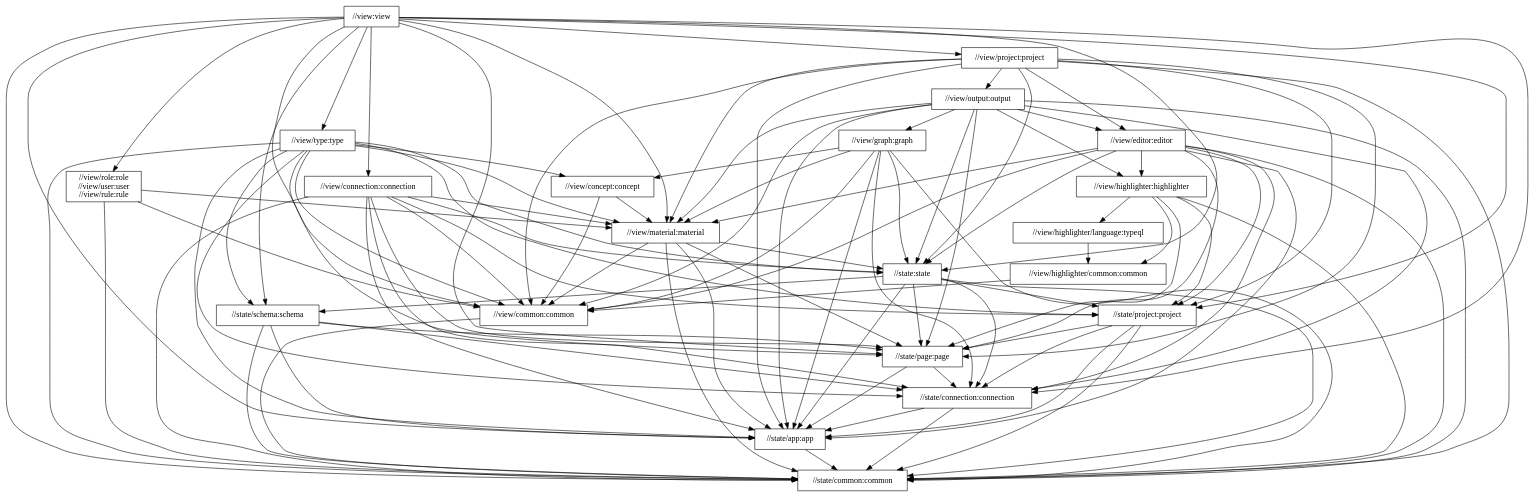
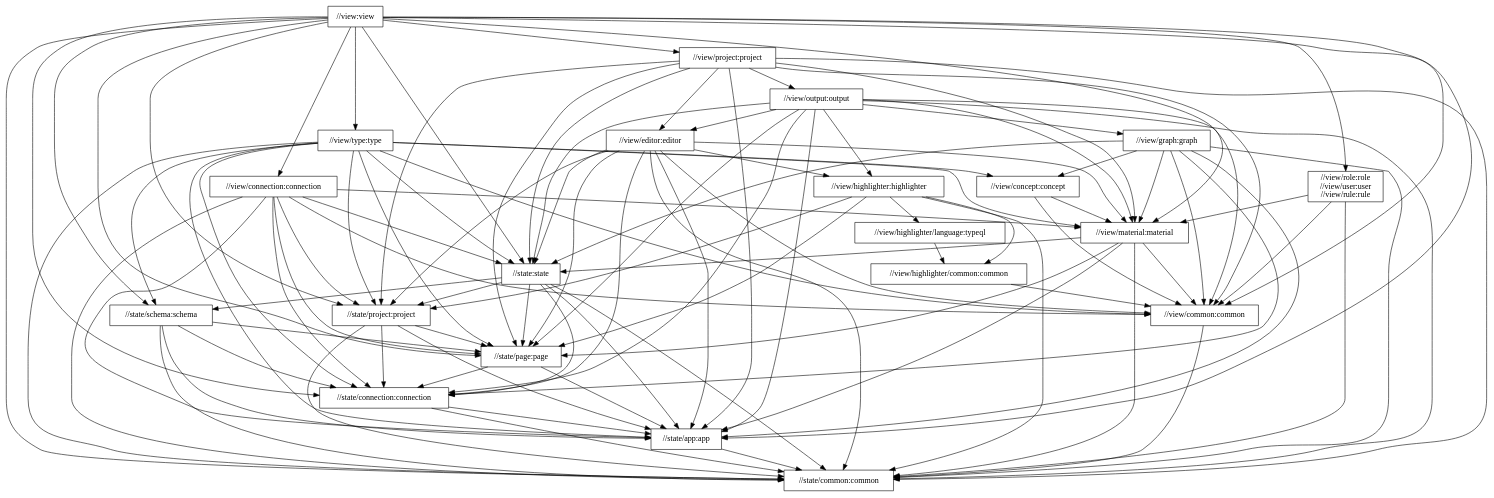
One commit to typedb/typedb-studio changed the diagram in docs/global-package-structure.dot. Above: the diagram before and after it, drawn with Graphviz. The commit also changed other lines of this file and 5 other files, not shown here.

```diff
--- a/docs/global-package-structure.dot
+++ b/docs/global-package-structure.dot
@@ -1,127 +1,127 @@
 digraph mygraph {
   node [shape=box];
   "//view:view"
   "//view:view" -> "//view/role:role\n//view/user:user\n//view/rule:rule"
   "//view:view" -> "//state:state"
   "//view:view" -> "//state/app:app"
   "//view:view" -> "//state/common:common"
   "//view:view" -> "//state/connection:connection"
   "//view:view" -> "//state/page:page"
   "//view:view" -> "//state/project:project"
   "//view:view" -> "//state/schema:schema"
   "//view:view" -> "//view/common:common"
   "//view:view" -> "//view/connection:connection"
   "//view:view" -> "//view/material:material"
   "//view:view" -> "//view/project:project"
   "//view:view" -> "//view/type:type"
-  "//view/type:type"
-  "//view/type:type" -> "//state:state"
-  "//view/type:type" -> "//state/app:app"
-  "//view/type:type" -> "//state/common:common"
-  "//view/type:type" -> "//state/connection:connection"
-  "//view/type:type" -> "//state/page:page"
-  "//view/type:type" -> "//state/project:project"
-  "//view/type:type" -> "//state/schema:schema"
-  "//view/type:type" -> "//view/common:common"
-  "//view/type:type" -> "//view/concept:concept"
-  "//view/type:type" -> "//view/material:material"
   "//view/project:project"
   "//view/project:project" -> "//state:state"
   "//view/project:project" -> "//state/app:app"
   "//view/project:project" -> "//state/common:common"
   "//view/project:project" -> "//state/page:page"
   "//view/project:project" -> "//state/project:project"
   "//view/project:project" -> "//view/common:common"
   "//view/project:project" -> "//view/editor:editor"
   "//view/project:project" -> "//view/material:material"
   "//view/project:project" -> "//view/output:output"
   "//view/output:output"
   "//view/output:output" -> "//state:state"
   "//view/output:output" -> "//state/app:app"
   "//view/output:output" -> "//state/common:common"
   "//view/output:output" -> "//state/connection:connection"
   "//view/output:output" -> "//state/page:page"
   "//view/output:output" -> "//view/common:common"
   "//view/output:output" -> "//view/editor:editor"
   "//view/output:output" -> "//view/graph:graph"
   "//view/output:output" -> "//view/highlighter:highlighter"
   "//view/output:output" -> "//view/material:material"
-  "//view/graph:graph"
-  "//view/graph:graph" -> "//state:state"
-  "//view/graph:graph" -> "//state/app:app"
-  "//view/graph:graph" -> "//state/common:common"
-  "//view/graph:graph" -> "//state/connection:connection"
-  "//view/graph:graph" -> "//view/common:common"
-  "//view/graph:graph" -> "//view/concept:concept"
-  "//view/graph:graph" -> "//view/material:material"
-  "//view/concept:concept"
-  "//view/concept:concept" -> "//view/common:common"
-  "//view/concept:concept" -> "//view/material:material"
   "//view/editor:editor"
   "//view/editor:editor" -> "//state:state"
   "//view/editor:editor" -> "//state/app:app"
   "//view/editor:editor" -> "//state/common:common"
   "//view/editor:editor" -> "//state/connection:connection"
   "//view/editor:editor" -> "//state/page:page"
   "//view/editor:editor" -> "//state/project:project"
   "//view/editor:editor" -> "//view/common:common"
   "//view/editor:editor" -> "//view/highlighter:highlighter"
   "//view/editor:editor" -> "//view/material:material"
+  "//view/role:role\n//view/user:user\n//view/rule:rule"
+  "//view/role:role\n//view/user:user\n//view/rule:rule" -> "//state/common:common"
+  "//view/role:role\n//view/user:user\n//view/rule:rule" -> "//view/common:common"
+  "//view/role:role\n//view/user:user\n//view/rule:rule" -> "//view/material:material"
   "//view/highlighter:highlighter"
   "//view/highlighter:highlighter" -> "//state/common:common"
   "//view/highlighter:highlighter" -> "//state/page:page"
   "//view/highlighter:highlighter" -> "//state/project:project"
   "//view/highlighter:highlighter" -> "//view/highlighter/common:common"
   "//view/highlighter:highlighter" -> "//view/highlighter/language:typeql"
   "//view/highlighter/language:typeql"
   "//view/highlighter/language:typeql" -> "//view/highlighter/common:common"
   "//view/highlighter/common:common"
   "//view/highlighter/common:common" -> "//view/common:common"
   "//view/connection:connection"
   "//view/connection:connection" -> "//state:state"
   "//view/connection:connection" -> "//state/app:app"
   "//view/connection:connection" -> "//state/common:common"
   "//view/connection:connection" -> "//state/connection:connection"
   "//view/connection:connection" -> "//state/page:page"
   "//view/connection:connection" -> "//state/project:project"
   "//view/connection:connection" -> "//view/common:common"
   "//view/connection:connection" -> "//view/material:material"
-  "//view/role:role\n//view/user:user\n//view/rule:rule"
-  "//view/role:role\n//view/user:user\n//view/rule:rule" -> "//state/common:common"
-  "//view/role:role\n//view/user:user\n//view/rule:rule" -> "//view/common:common"
-  "//view/role:role\n//view/user:user\n//view/rule:rule" -> "//view/material:material"
+  "//view/graph:graph"
+  "//view/graph:graph" -> "//state:state"
+  "//view/graph:graph" -> "//state/app:app"
+  "//view/graph:graph" -> "//state/common:common"
+  "//view/graph:graph" -> "//state/connection:connection"
+  "//view/graph:graph" -> "//view/common:common"
+  "//view/graph:graph" -> "//view/concept:concept"
+  "//view/graph:graph" -> "//view/material:material"
+  "//view/type:type"
+  "//view/type:type" -> "//state:state"
+  "//view/type:type" -> "//state/app:app"
+  "//view/type:type" -> "//state/common:common"
+  "//view/type:type" -> "//state/connection:connection"
+  "//view/type:type" -> "//state/page:page"
+  "//view/type:type" -> "//state/project:project"
+  "//view/type:type" -> "//state/schema:schema"
+  "//view/type:type" -> "//view/common:common"
+  "//view/type:type" -> "//view/concept:concept"
+  "//view/type:type" -> "//view/material:material"
+  "//view/concept:concept"
+  "//view/concept:concept" -> "//view/common:common"
+  "//view/concept:concept" -> "//view/material:material"
   "//view/material:material"
   "//view/material:material" -> "//state:state"
   "//view/material:material" -> "//state/app:app"
   "//view/material:material" -> "//state/common:common"
   "//view/material:material" -> "//state/page:page"
   "//view/material:material" -> "//view/common:common"
   "//view/common:common"
   "//view/common:common" -> "//state/common:common"
   "//state:state"
   "//state:state" -> "//state/app:app"
   "//state:state" -> "//state/common:common"
   "//state:state" -> "//state/connection:connection"
   "//state:state" -> "//state/page:page"
   "//state:state" -> "//state/project:project"
   "//state:state" -> "//state/schema:schema"
+  "//state/schema:schema"
+  "//state/schema:schema" -> "//state/app:app"
+  "//state/schema:schema" -> "//state/common:common"
+  "//state/schema:schema" -> "//state/connection:connection"
+  "//state/schema:schema" -> "//state/page:page"
   "//state/project:project"
   "//state/project:project" -> "//state/app:app"
   "//state/project:project" -> "//state/common:common"
   "//state/project:project" -> "//state/connection:connection"
   "//state/project:project" -> "//state/page:page"
-  "//state/schema:schema"
-  "//state/schema:schema" -> "//state/app:app"
-  "//state/schema:schema" -> "//state/common:common"
-  "//state/schema:schema" -> "//state/connection:connection"
-  "//state/schema:schema" -> "//state/page:page"
   "//state/page:page"
   "//state/page:page" -> "//state/app:app"
   "//state/page:page" -> "//state/connection:connection"
   "//state/connection:connection"
   "//state/connection:connection" -> "//state/app:app"
   "//state/connection:connection" -> "//state/common:common"
   "//state/app:app"
   "//state/app:app" -> "//state/common:common"
   "//state/common:common"
 }
```
